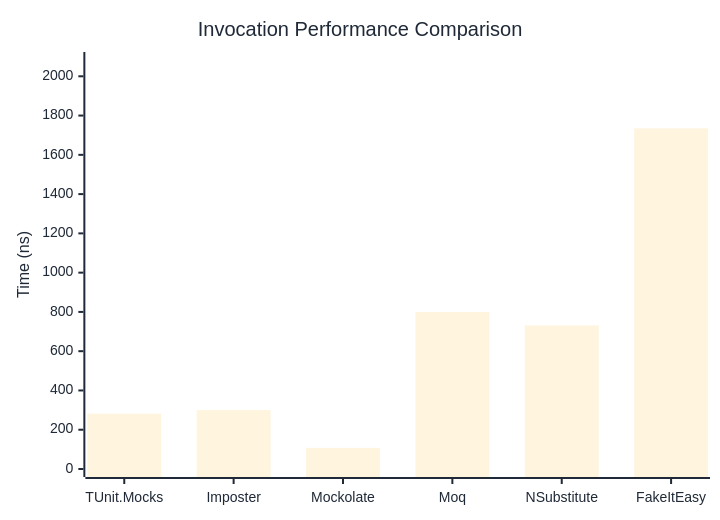
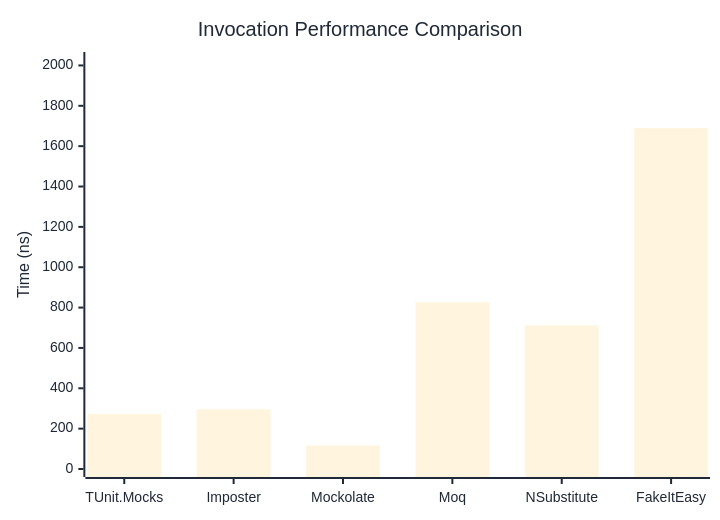
The first of 3 diagrams in docs/docs/benchmarks/mocks/Invocation.md (thomhurst/TUnit), drawn with Mermaid before and after one commit. The commit also changed other lines of this file and 14 other files, not shown here.

````diff
--- a/docs/docs/benchmarks/mocks/Invocation.md
+++ b/docs/docs/benchmarks/mocks/Invocation.md
@@ -30,27 +30,27 @@
 ```mermaid
 %%{init: {
   'theme':'base',
   'themeVariables': {
     'primaryColor': '#2563eb',
     'primaryTextColor': '#1f2937',
     'primaryBorderColor': '#1e40af',
     'lineColor': '#6b7280',
     'secondaryColor': '#7c3aed',
     'tertiaryColor': '#dc2626',
     'background': '#ffffff',
     'pie1': '#2563eb',
     'pie2': '#7c3aed',
     'pie3': '#dc2626',
     'pie4': '#f59e0b',
     'pie5': '#10b981',
     'pie6': '#06b6d4',
     'pie7': '#ec4899',
     'pie8': '#6366f1'
   }
 }}%%
 xychart-beta
   title "Invocation Performance Comparison"
   x-axis ["TUnit.Mocks", "Imposter", "Mockolate", "Moq", "NSubstitute", "FakeItEasy"]
-  y-axis "Time (ns)" 0 --> 2083
-  bar [281.48, 299.91, 107.51, 799.88, 731.28, 1735.17]
+  y-axis "Time (ns)" 0 --> 2027
+  bar [273.21, 295.6, 116.27, 826.32, 711.93, 1688.72]
 ```
````
